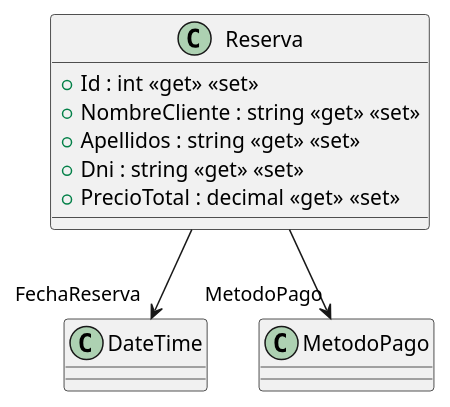
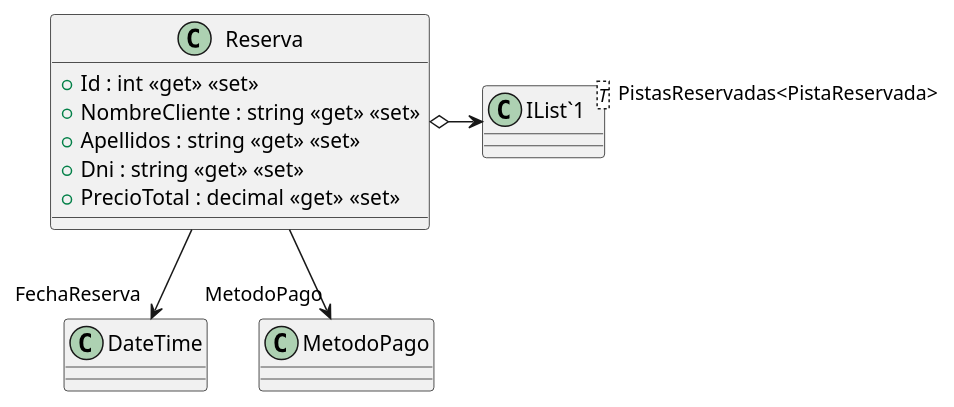
The diagram in src/AppForSEII.API/ClassDiagram/Models/Reserva.puml (2026-27AstonMartin/ISII2627AstonMartin), drawn with PlantUML before and after one commit. The commit also changed 9 other files, not shown here.

Commit message:
Desarrollar clase PistaReservada (#52)

```diff
--- a/src/AppForSEII.API/ClassDiagram/Models/Reserva.puml
+++ b/src/AppForSEII.API/ClassDiagram/Models/Reserva.puml
@@ -1,11 +1,14 @@
 @startuml
 class Reserva {
     + Id : int <<get>> <<set>>
     + NombreCliente : string <<get>> <<set>>
     + Apellidos : string <<get>> <<set>>
     + Dni : string <<get>> <<set>>
     + PrecioTotal : decimal <<get>> <<set>>
 }
+class "IList`1"<T> {
+}
 Reserva --> "FechaReserva" DateTime
 Reserva --> "MetodoPago" MetodoPago
+Reserva o-> "PistasReservadas<PistaReservada>" "IList`1"
 @enduml
```
